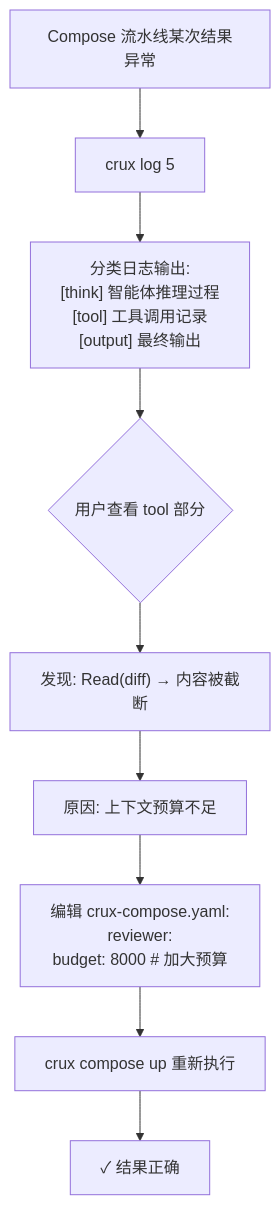
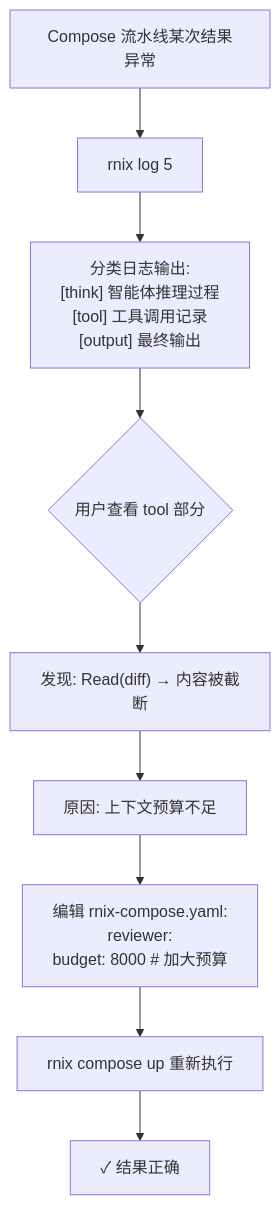
One commit to rnixai/rnix changed the fifth of 5 diagrams in _bmad-output/planning-artifacts/ux-design-specification.md. Above: the diagram before and after it, drawn with Mermaid. The commit also changed other lines of this file and 279 other files, not shown here.

First line of the commit message:
Rename project from Crux to Rnix

````diff
--- a/_bmad-output/planning-artifacts/ux-design-specification.md
+++ b/_bmad-output/planning-artifacts/ux-design-specification.md
@@ -1015,11 +1015,11 @@
 ```mermaid
 flowchart TD
-    A[Compose 流水线某次结果异常] --> B["crux log 5"]
+    A[Compose 流水线某次结果异常] --> B["rnix log 5"]
     B --> C["分类日志输出:\n  [think] 智能体推理过程\n  [tool] 工具调用记录\n  [output] 最终输出"]
     C --> D{用户查看 tool 部分}
     D --> E["发现: Read(diff) → 内容被截断"]
     E --> F[原因: 上下文预算不足]
-    F --> G["编辑 crux-compose.yaml:\n  reviewer:\n    budget: 8000  # 加大预算"]
-    G --> H["crux compose up  重新执行"]
+    F --> G["编辑 rnix-compose.yaml:\n  reviewer:\n    budget: 8000  # 加大预算"]
+    G --> H["rnix compose up  重新执行"]
     H --> I["✓ 结果正确"]
 ```
````
